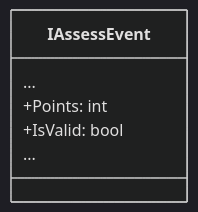
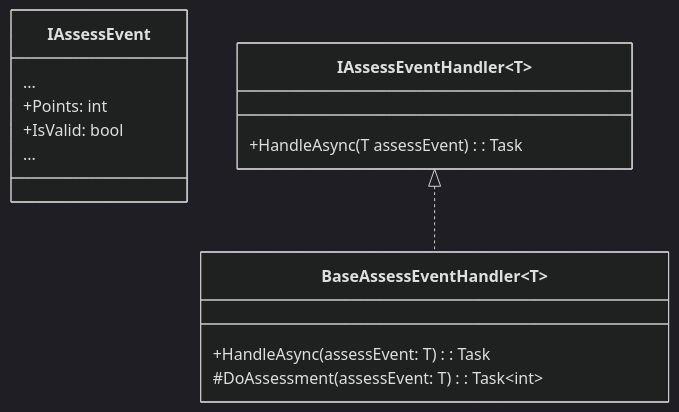
The second of 3 diagrams in _posts/2025-10-15-decoupling-by-design-implementing-an-assessment-mechanism-with-events.md (oninebx/blog), drawn with Mermaid (dark theme) before and after one commit. The commit also changed other lines of this file, not shown here.

Commit message:
Update Decoupling by Design: Implementing an Assessment Mechanism with Events

```diff
--- a/_posts/2025-10-15-decoupling-by-design-implementing-an-assessment-mechanism-with-events.md
+++ b/_posts/2025-10-15-decoupling-by-design-implementing-an-assessment-mechanism-with-events.md
@@ -77,9 +76,23 @@
 <div class="mermaid">
 classDiagram
     class IAssessEvent {
       ...
       +Points: int
       +IsValid: bool
       ...
     }
+
+    %% Interface
+    class IAssessEventHandler~T~ {
+        +HandleAsync(T assessEvent) : Task
+    }
+
+    %% Abstract class
+    class BaseAssessEventHandler~T~ {
+        +HandleAsync(assessEvent: T) : Task
+        #DoAssessment(assessEvent: T) : Task~int~
+    }
+
+    %% Relationships
+    IAssessEventHandler~T~ <|.. BaseAssessEventHandler~T~
 </div>
```
